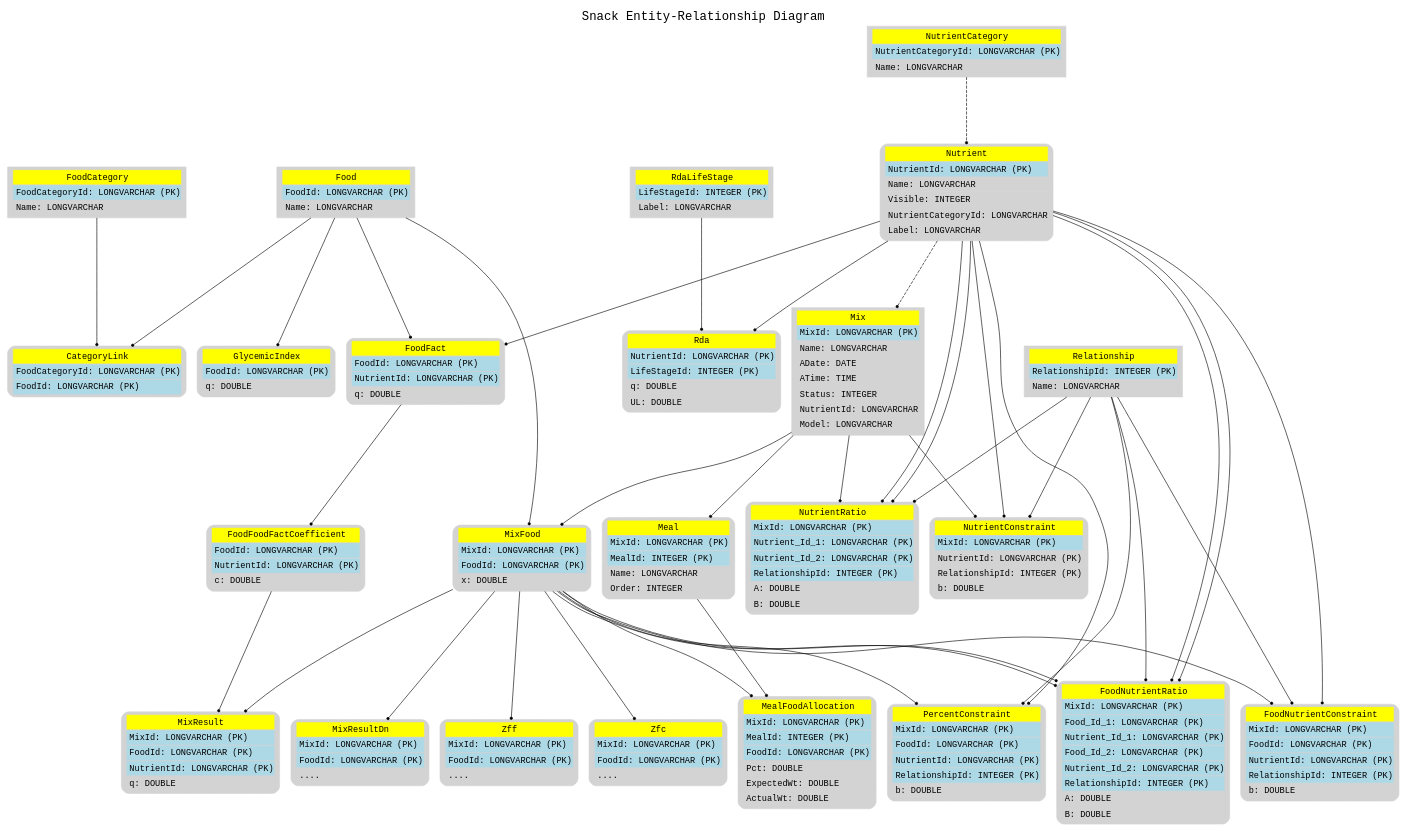
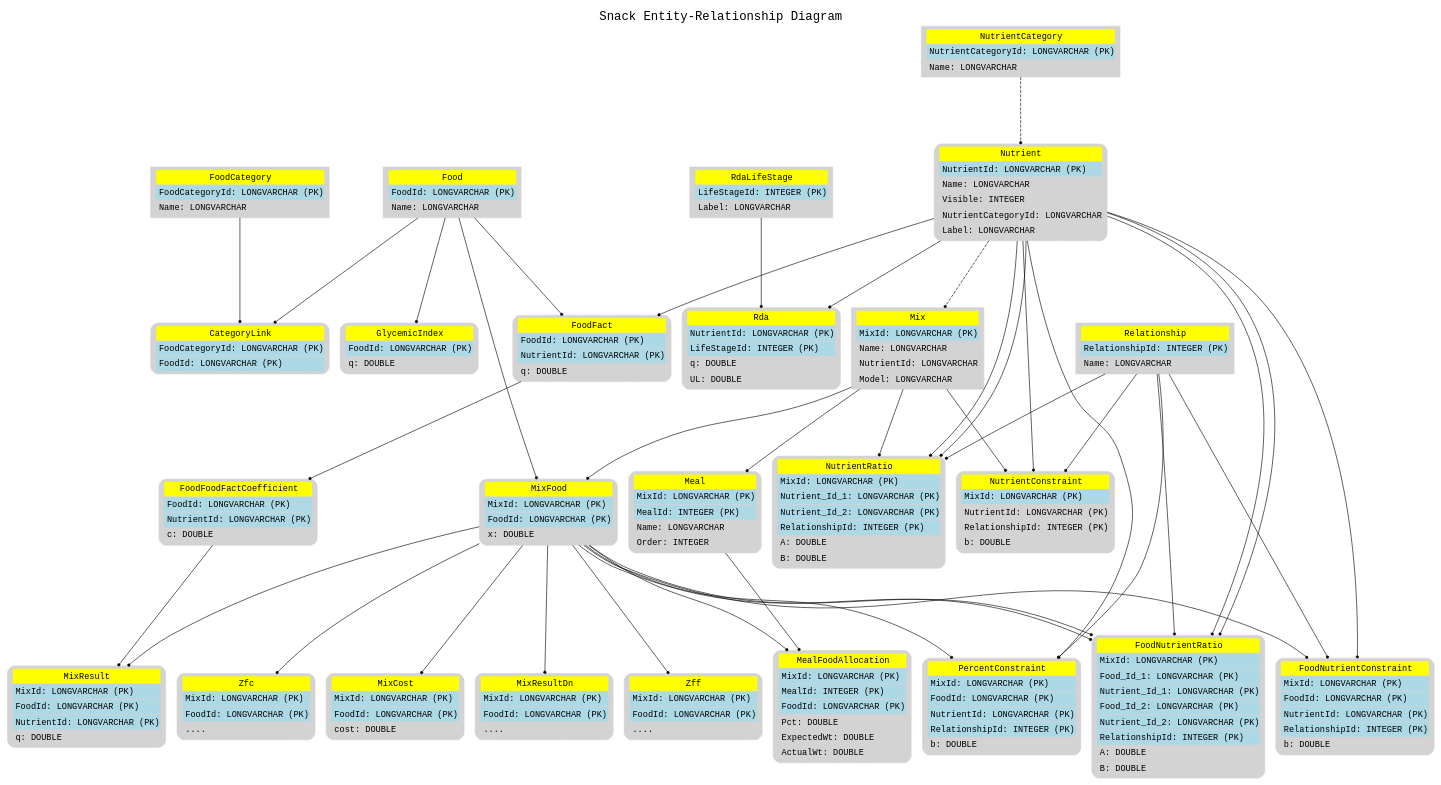
The diagram in data/sql/other/erd.gv (xjrga/snack), drawn with Graphviz before and after one commit. The commit also changed 343 other files, not shown here.

```diff
--- a/data/sql/other/erd.gv
+++ b/data/sql/other/erd.gv
@@ -53,9 +53,6 @@
             <tr><td bgcolor="yellow">Mix</td></tr>
             <tr><td bgcolor="lightblue" align="left">MixId: LONGVARCHAR (PK)</td></tr>
             <tr><td align="left">Name: LONGVARCHAR</td></tr>
-            <tr><td align="left">ADate: DATE</td></tr>
-            <tr><td align="left">ATime: TIME</td></tr>
-            <tr><td align="left">Status: INTEGER</td></tr>
             <tr><td align="left">NutrientId: LONGVARCHAR</td></tr>
             <tr><td align="left">Model: LONGVARCHAR</td></tr>
         </table>
@@ -221,6 +218,14 @@
             <tr><td align="left">....</td></tr>
         </table>
     >]
+    MixCost [shape=Mrecord, label=<
+        <table border="0" cellborder="1" cellspacing="0" cellpadding="4">
+            <tr><td bgcolor="yellow">MixCost</td></tr>
+            <tr><td bgcolor="lightblue" align="left">MixId: LONGVARCHAR (PK)</td></tr>
+            <tr><td bgcolor="lightblue" align="left">FoodId: LONGVARCHAR (PK)</td></tr>
+            <tr><td align="left">cost: DOUBLE</td></tr>
+        </table>
+    >]
 
     edge [penwidth=1,fontname="Liberation Mono" len=5, arrowsize=0.5, arrowhead=dot, arrowtail=none, dir=forward, style=solid]
     "FoodCategory" -> "CategoryLink" [dir=forward,weight=1];
@@ -298,5 +303,6 @@
     edge [penwidth=1,fontname="Liberation Mono" len=5, arrowsize=0.5, arrowhead=dot, arrowtail=none, dir=forward, style=solid]
     "MixFood" -> "Zfc" [dir=forward,weight=1];
     edge [penwidth=1,fontname="Liberation Mono" len=5, arrowsize=0.5, arrowhead=dot, arrowtail=none, dir=forward, style=solid]
-    
+    "MixFood" -> "MixCost" [dir=forward,weight=1];
+    edge [penwidth=1,fontname="Liberation Mono" len=5, arrowsize=0.5, arrowhead=dot, arrowtail=none, dir=forward, style=solid]
 }
```
